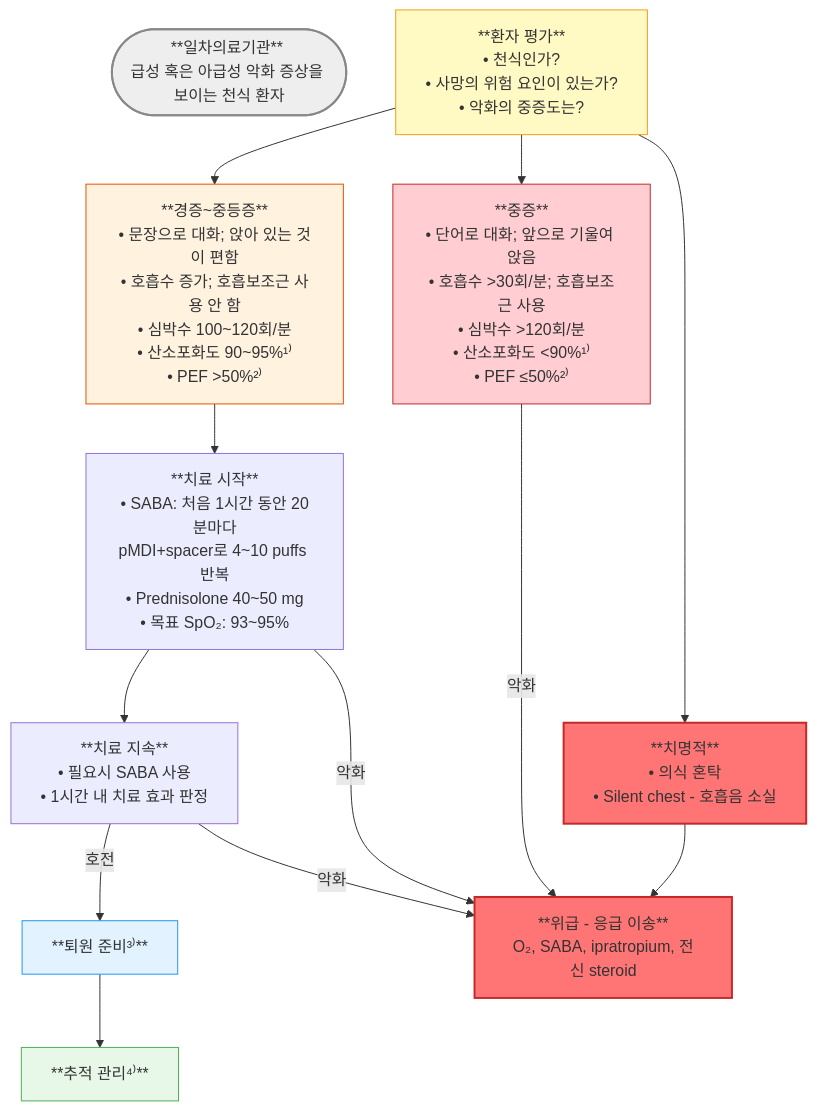
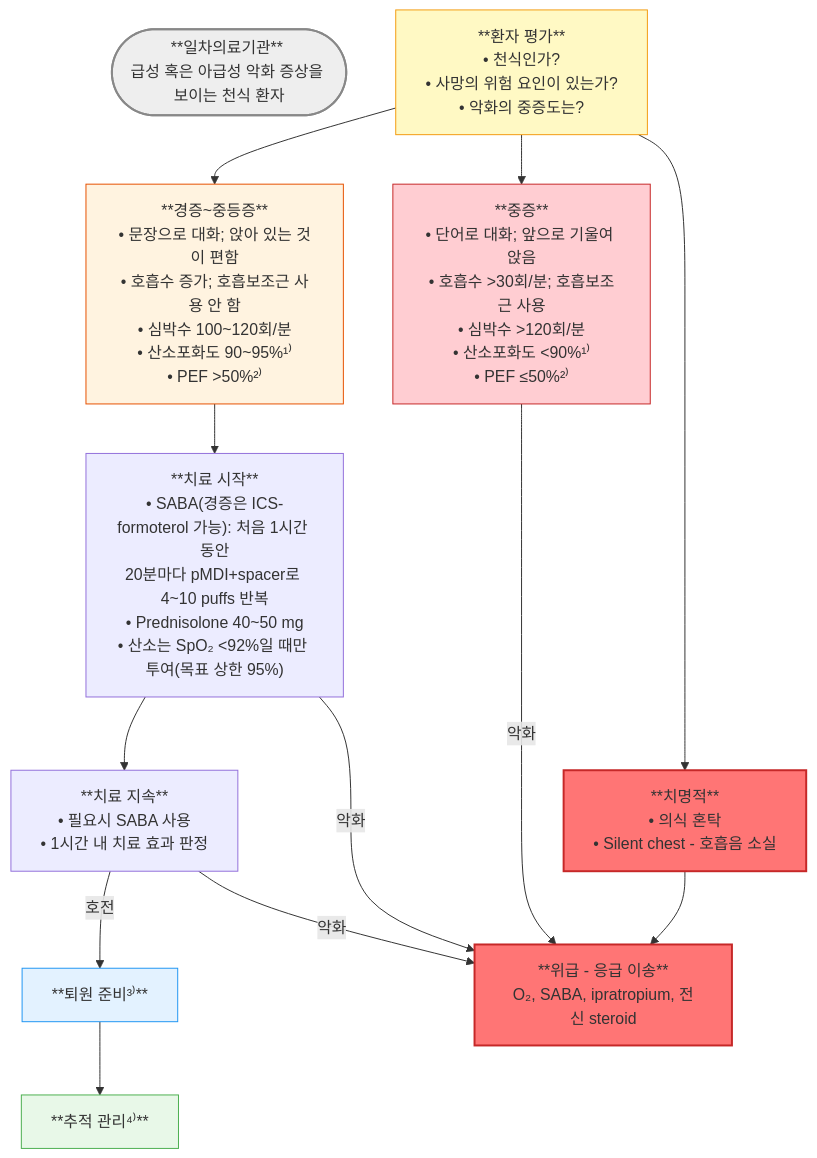
The second of 2 diagrams in 223_/071_-asthma.md (familyoh77/familyoh77), drawn with Mermaid before and after one commit. The commit also changed other lines of this file and 2 other files, not shown here.

````diff
--- a/223_/071_-asthma.md
+++ b/223_/071_-asthma.md
@@ -844,34 +866,34 @@
 ```mermaid
 flowchart TD
 Start(["**일차의료기관** <br/>급성 혹은 아급성 악화 증상을 보이는 천식 환자"])
 B["**환자 평가**<br/>• 천식인가?<br/>• 사망의 위험 요인이 있는가?<br/>• 악화의 중증도는?"]
 C["**경증~중등증**<br/>• 문장으로 대화; 앉아 있는 것이 편함<br/>• 호흡수 증가; 호흡보조근 사용 안 함<br/>• 심박수 100~120회/분<br/>• 산소포화도 90~95%¹⁾<br/>• PEF >50%²⁾"]
 D["**중증**<br/>• 단어로 대화; 앞으로 기울여 앉음<br/>• 호흡수 >30회/분; 호흡보조근 사용<br/>• 심박수 >120회/분<br/>• 산소포화도 <90%¹⁾<br/>• PEF ≤50%²⁾"]
 E["**치명적**<br/>• 의식 혼탁<br/>• Silent chest - 호흡음 소실"]
 F["**위급 - 응급 이송**<br/>O₂, SABA, ipratropium, 전신 steroid"]
-H["**치료 시작**<br/>• SABA: 처음 1시간 동안 20분마다<br/>pMDI+spacer로 4~10 puffs 반복<br/>• Prednisolone 40~50 mg<br/>• 목표 SpO₂: 93~95%"]
+H["**치료 시작**<br/>• SABA(경증은 ICS-formoterol 가능): 처음 1시간 동안<br/>20분마다 pMDI+spacer로 4~10 puffs 반복<br/>• Prednisolone 40~50 mg<br/>• 산소는 SpO₂ &lt;92%일 때만 투여(목표 상한 95%)"]
 I["**치료 지속**<br/>• 필요시 SABA 사용<br/>• 1시간 내 치료 효과 판정"]
 K["**퇴원 준비³⁾**<br/>"]
 L["**추적 관리⁴⁾**"]
 
 Start
 B --> C
 B --> D
 C --> H
 H --> I
 I -->|호전| K
 H -->|악화| F
 I -->|악화| F
 D ---->|악화| F
 E --> F
 B --> E
 K --> L
 style Start fill:#eeeeee,stroke:#888888,stroke-width:2px
 style B fill:#fff9c4,stroke:#f39c12
 style C fill:#fff3e0,stroke:#e65100,stroke-width:1px
 style D fill:#ffcdd2,stroke:#c62828,stroke-width:1px
 style E fill:#ff7575,stroke:#c62828,stroke-width:2px
 style F fill:#ff7575,stroke:#c62828,stroke-width:2px
 style K fill:#e3f2ff,stroke:#2196f3
 style L fill:#e8f8e8,stroke:#4caf50
 ```
````
